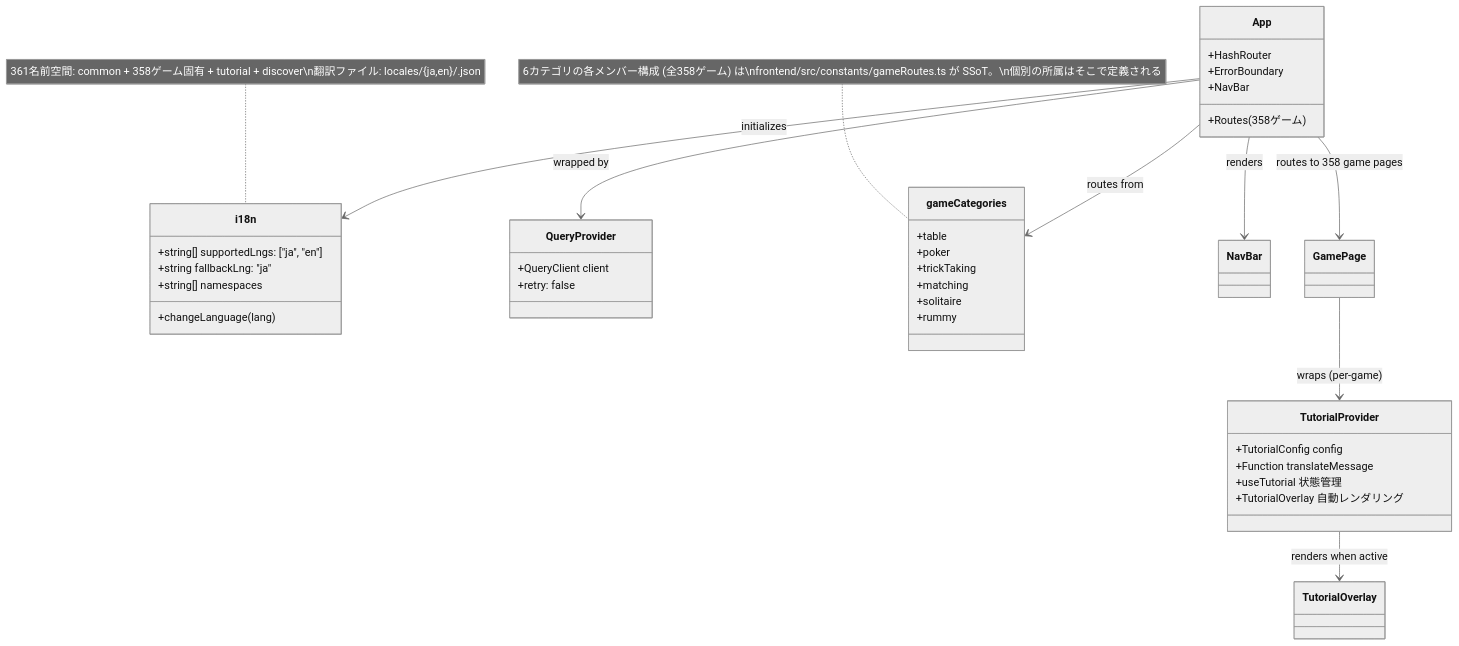
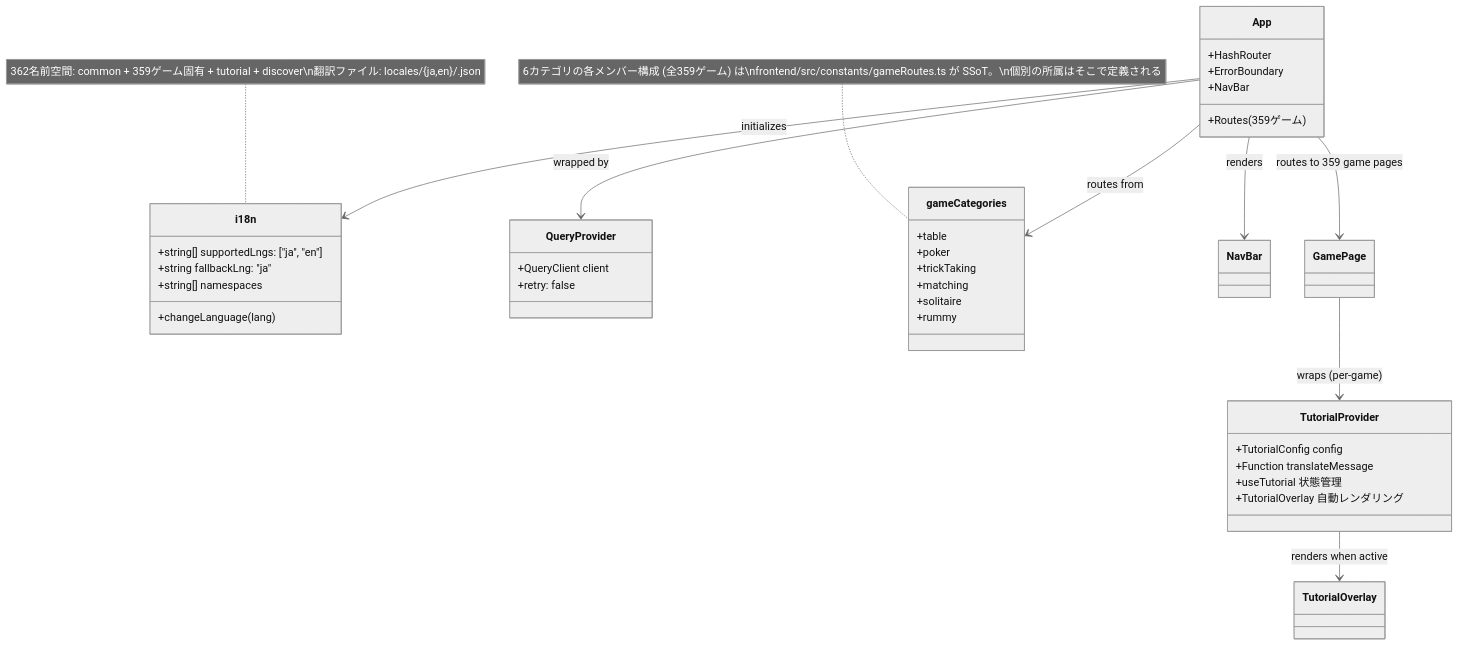
Before and after one commit to yuta-yoshinaga/go_trumpcards: the ninth of 49 diagrams in docs/design/frontend.md, drawn with Mermaid (neutral theme). The commit also changed other lines of this file and 66 other files, not shown here.

````diff
--- a/docs/design/frontend.md
+++ b/docs/design/frontend.md
@@ -1874,48 +1874,48 @@
 ```mermaid
 classDiagram
     class i18n {
         +string[] supportedLngs: ["ja", "en"]
         +string fallbackLng: "ja"
         +string[] namespaces
         +changeLanguage(lang)
     }
 
     class QueryProvider {
         +QueryClient client
         +retry: false
     }
 
     class App {
         +HashRouter
         +ErrorBoundary
         +NavBar
-        +Routes (358ゲーム)
+        +Routes (359ゲーム)
     }
 
     class gameCategories {
         +table
         +poker
         +trickTaking
         +matching
         +solitaire
         +rummy
     }
-    note for gameCategories "6カテゴリの各メンバー構成 (全358ゲーム) は\nfrontend/src/constants/gameRoutes.ts が SSoT。\n個別の所属はそこで定義される"
+    note for gameCategories "6カテゴリの各メンバー構成 (全359ゲーム) は\nfrontend/src/constants/gameRoutes.ts が SSoT。\n個別の所属はそこで定義される"
 
     class TutorialProvider {
         +TutorialConfig config
         +Function translateMessage
         +useTutorial 状態管理
         +TutorialOverlay 自動レンダリング
     }
 
     App --> QueryProvider : wrapped by
     App --> i18n : initializes
     App --> gameCategories : routes from
     App --> NavBar : renders
-    App --> GamePage : routes to 358 game pages
+    App --> GamePage : routes to 359 game pages
     GamePage --> TutorialProvider : wraps (per-game)
     TutorialProvider --> TutorialOverlay : renders when active
 
-    note for i18n "361名前空間: common + 358ゲーム固有 + tutorial + discover\n翻訳ファイル: locales/{ja,en}/<game>.json"
+    note for i18n "362名前空間: common + 359ゲーム固有 + tutorial + discover\n翻訳ファイル: locales/{ja,en}/<game>.json"
 ```
````
